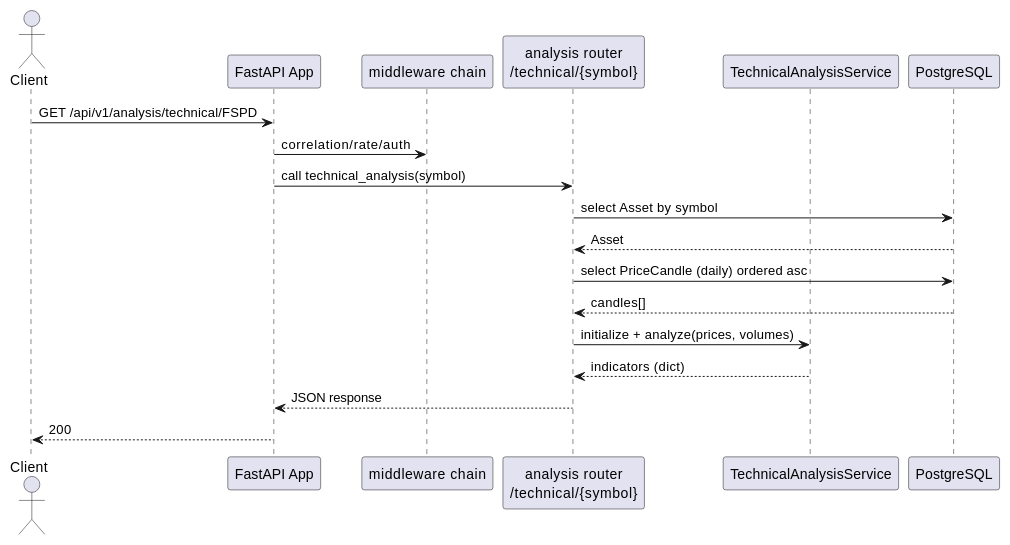
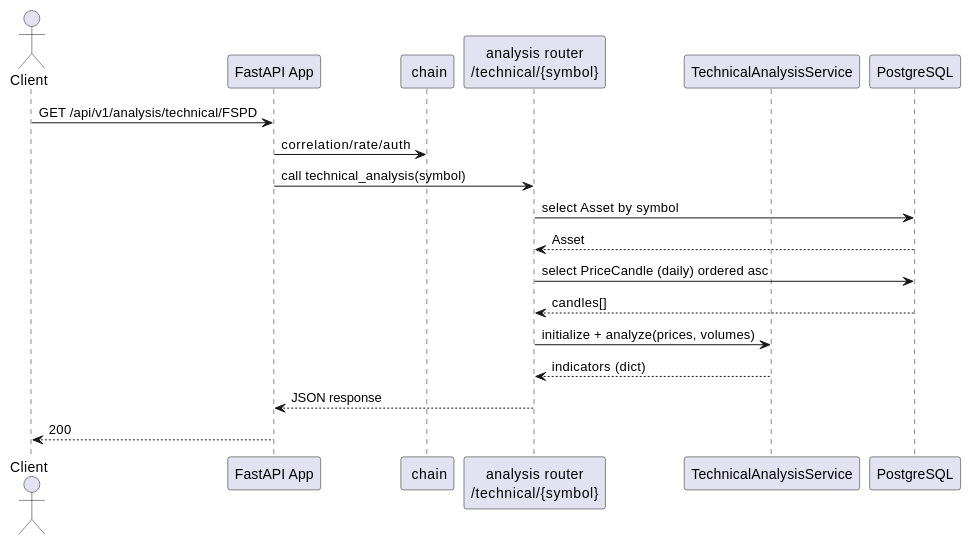
The second of 6 diagrams in docs/02_architecture/ARCH_uml-level6-e2e_v1.md (Shakour-Data/BedaanWaves), drawn with PlantUML before and after one commit. The commit also changed other lines of this file and 30 other files, not shown here.

````diff
--- a/docs/02_architecture/ARCH_uml-level6-e2e_v1.md
+++ b/docs/02_architecture/ARCH_uml-level6-e2e_v1.md
@@ -30,22 +30,22 @@
 ```plantuml
 @startuml
 actor Client
 participant "FastAPI App" as APP
-participant "middleware chain" as MID
+participant " chain" as MID
 participant "analysis router\n/technical/{symbol}" as R
 participant "TechnicalAnalysisService" as S
 participant "PostgreSQL" as DB
 
 Client -> APP : GET /api/v1/analysis/technical/FSPD
 APP -> MID : correlation/rate/auth
 APP -> R : call technical_analysis(symbol)
 R -> DB : select Asset by symbol
 DB --> R : Asset
 R -> DB : select PriceCandle (daily) ordered asc
 DB --> R : candles[]
 R -> S : initialize + analyze(prices, volumes)
 S --> R : indicators (dict)
 R --> APP : JSON response
 APP --> Client : 200
 @enduml
 ```
````
